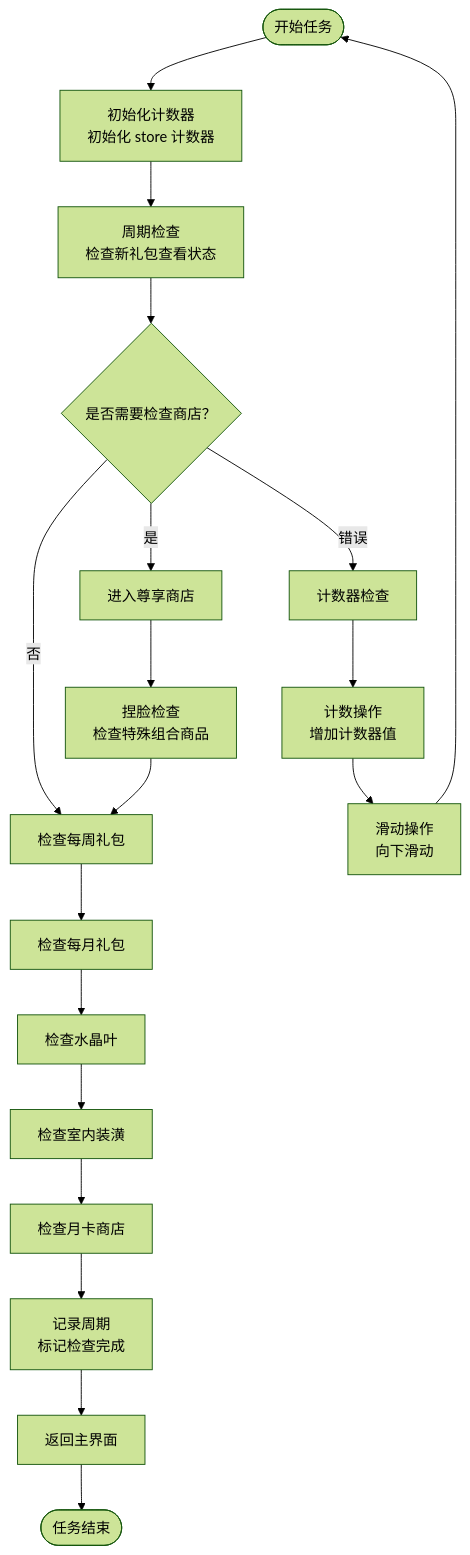
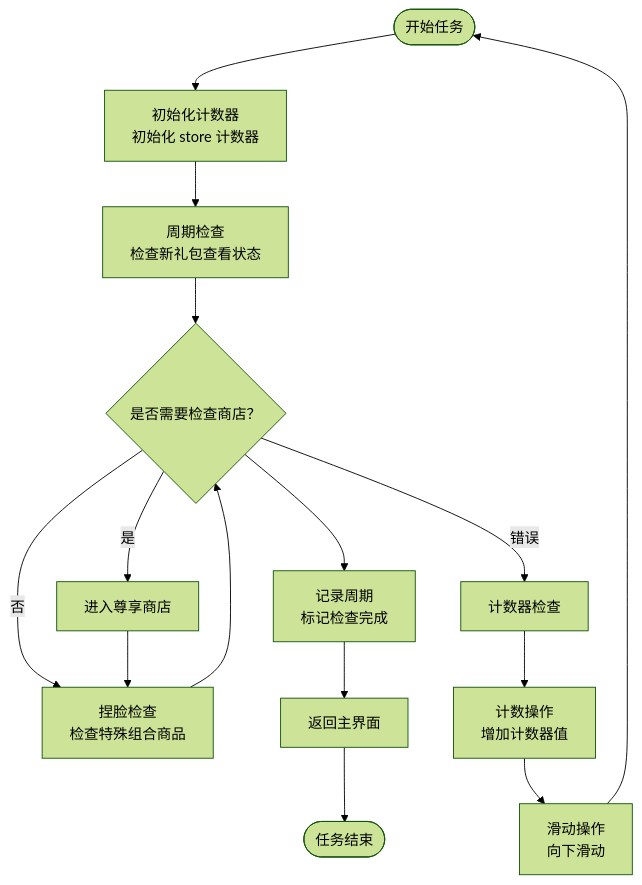
Before and after one commit to kqcoxn/MaaDuDuL: the third of 7 diagrams in .qoder/repowiki/zh/content/资源与配置管理/任务流水线配置/任务流水线配置结构/新礼包查看系统.md, drawn with Mermaid (forest theme). The commit also changed other lines of this file and 9 other files, not shown here.

````diff
--- a/.qoder/repowiki/zh/content/资源与配置管理/任务流水线配置/任务流水线配置结构/新礼包查看系统.md
+++ b/.qoder/repowiki/zh/content/资源与配置管理/任务流水线配置/任务流水线配置结构/新礼包查看系统.md
@@ -152,21 +161,17 @@
 ```mermaid
 flowchart TD
 Start([开始任务]) --> InitCounter["初始化计数器<br/>初始化 store 计数器"]
 InitCounter --> PeriodicCheck["周期检查<br/>检查新礼包查看状态"]
 PeriodicCheck --> StoreCheck{"是否需要检查商店？"}
 StoreCheck --> |是| EnterStore["进入尊享商店"]
-StoreCheck --> |否| WeeklyGift["检查每周礼包"]
-EnterStore --> FaceCheck["捏脸检查<br/>检查特殊组合商品"]
-FaceCheck --> WeeklyGift["检查每周礼包"]
-WeeklyGift --> MonthlyGift["检查每月礼包"]
-MonthlyGift --> CrystalLeaf["检查水晶叶"]
-CrystalLeaf --> Interior["检查室内装潢"]
-Interior --> PremiumStore["检查月卡商店"]
-PremiumStore --> RecordPeriod["记录周期<br/>标记检查完成"]
+StoreCheck --> |否| FaceCheck["捏脸检查<br/>检查特殊组合商品"]
+EnterStore --> FaceCheck
+FaceCheck --> StoreCheck
+StoreCheck --> RecordPeriod["记录周期<br/>标记检查完成"]
 RecordPeriod --> ReturnHome["返回主界面"]
 ReturnHome --> End([任务结束])
 StoreCheck --> |错误| CounterCheck["计数器检查"]
 CounterCheck --> CountOperation["计数操作<br/>增加计数器值"]
 CountOperation --> Swipe["滑动操作<br/>向下滑动"]
 Swipe --> Start
 ```
````
